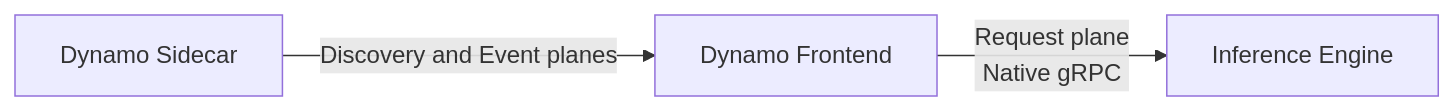
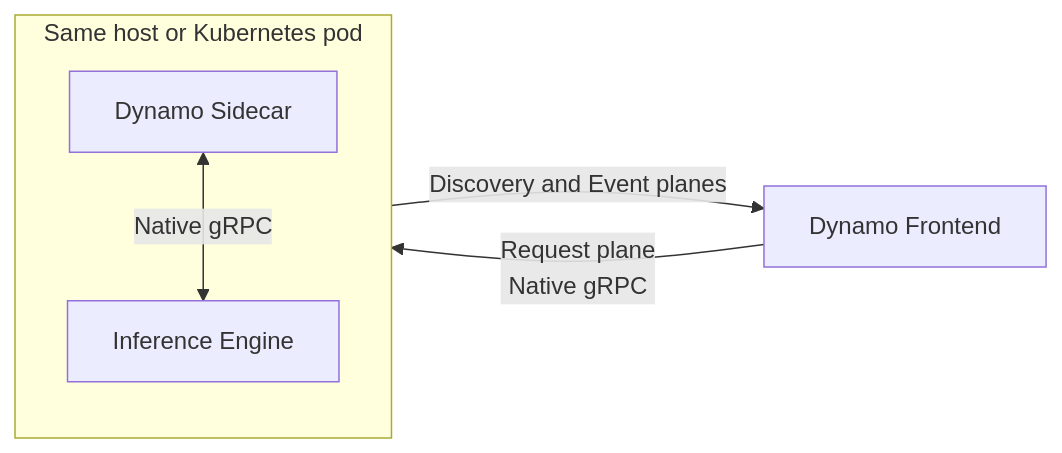
One commit to ai-dynamo/dynamo changed the diagram in docs/fern/design-docs/sidecar-backends.md. Above: the diagram before and after it, drawn with Mermaid. The commit also changed other lines of this file and 1 other file, not shown here.

Commit message:
docs: refine sidecar navigation and diagram

````diff
--- a/docs/fern/design-docs/sidecar-backends.md
+++ b/docs/fern/design-docs/sidecar-backends.md
@@ -31,5 +31,10 @@
 ```mermaid
 flowchart LR
-  S[Dynamo Sidecar] -->|Discovery and Event planes| F[Dynamo Frontend]
-  F -->|Request plane<br/>Native gRPC| E[Inference Engine]
+  F[Dynamo Frontend]
+  subgraph W[Same host or Kubernetes pod]
+    direction TB
+    S[Dynamo Sidecar] <-->|Native gRPC| E[Inference Engine]
+  end
+  S -->|Discovery and Event planes| F
+  F -->|Request plane<br/>Native gRPC| E
 ```
````
